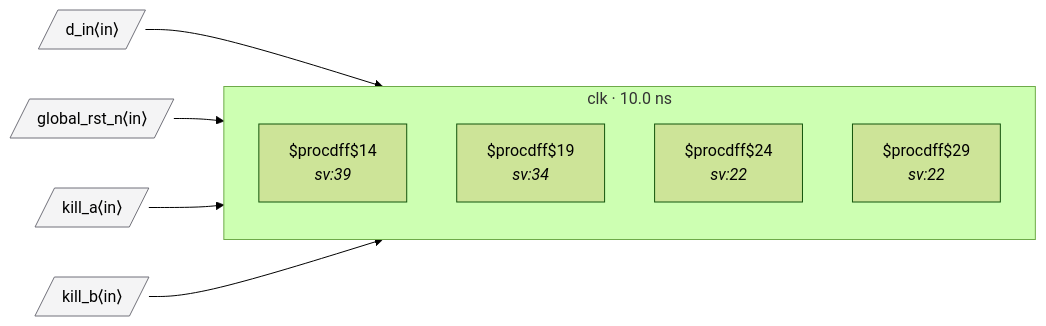
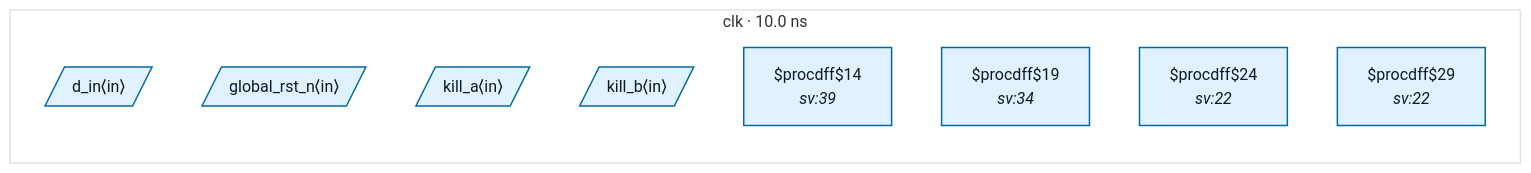
Before and after one commit to rtl-buddy/rtl-buddy-cdc: the diagram in tests/fixtures/good_rdc_004_registered_reset/README.md, drawn with Mermaid (forest theme). The commit also changed 71 other files, not shown here.

````diff
--- a/tests/fixtures/good_rdc_004_registered_reset/README.md
+++ b/tests/fixtures/good_rdc_004_registered_reset/README.md
@@ -18,20 +18,19 @@
 ```mermaid
 %% good_rdc_004_registered_reset — generated by rtl-buddy-cdc render
 flowchart LR
   subgraph clk_clk["clk · 10.0 ns"]
     direction TB
-    f_aaf47133["$procdff$14<br/><i>sv:39</i>"]
-    f_400c5807["$procdff$19<br/><i>sv:34</i>"]
-    f_5ee7dc3e["$procdff$24<br/><i>sv:22</i>"]
-    f_9babf574["$procdff$29<br/><i>sv:22</i>"]
+    p_in_d_in[/"d_in⟨in⟩"/]:::ckcls_clk
+    p_in_global_rst_n[/"global_rst_n⟨in⟩"/]:::ckcls_clk
+    p_in_kill_a[/"kill_a⟨in⟩"/]:::ckcls_clk
+    p_in_kill_b[/"kill_b⟨in⟩"/]:::ckcls_clk
+    f_aaf47133["$procdff$14<br/><i>sv:39</i>"]:::ckcls_clk
+    f_400c5807["$procdff$19<br/><i>sv:34</i>"]:::ckcls_clk
+    f_5ee7dc3e["$procdff$24<br/><i>sv:22</i>"]:::ckcls_clk
+    f_9babf574["$procdff$29<br/><i>sv:22</i>"]:::ckcls_clk
   end
-  p_in_d_in[/"d_in⟨in⟩"/]:::port
-  p_in_global_rst_n[/"global_rst_n⟨in⟩"/]:::port
-  p_in_kill_a[/"kill_a⟨in⟩"/]:::port
-  p_in_kill_b[/"kill_b⟨in⟩"/]:::port
-  p_in_d_in --> f_aaf47133
-  p_in_global_rst_n --> f_aaf47133
-  p_in_kill_a --> f_aaf47133
-  p_in_kill_b --> f_aaf47133
-  classDef port fill:#f4f4f5,stroke:#71717a
+  style clk_clk fill:none,stroke:#cbd5e1
+  classDef ckcls_clk fill:#e0f2fe,stroke:#0369a1,stroke-width:1.5px,color:#0f172a
+  classDef port_unassigned fill:#f4f4f5,stroke:#71717a,color:#0f172a
+  classDef ckcls_legend_neutral fill:#ffffff,stroke:#cbd5e1,stroke-width:1px,color:#0f172a
 ```
````
